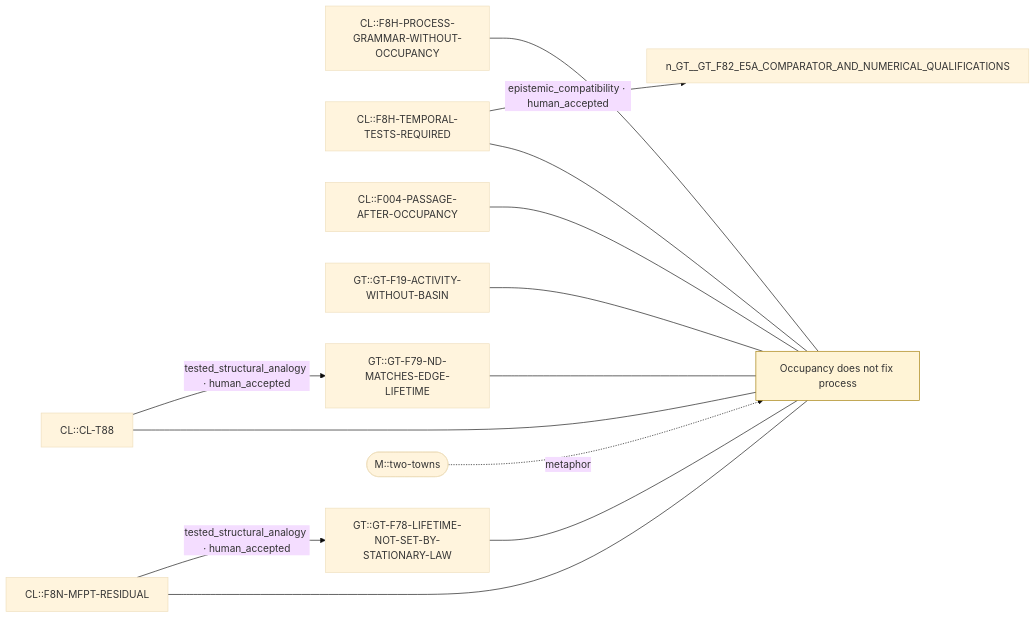
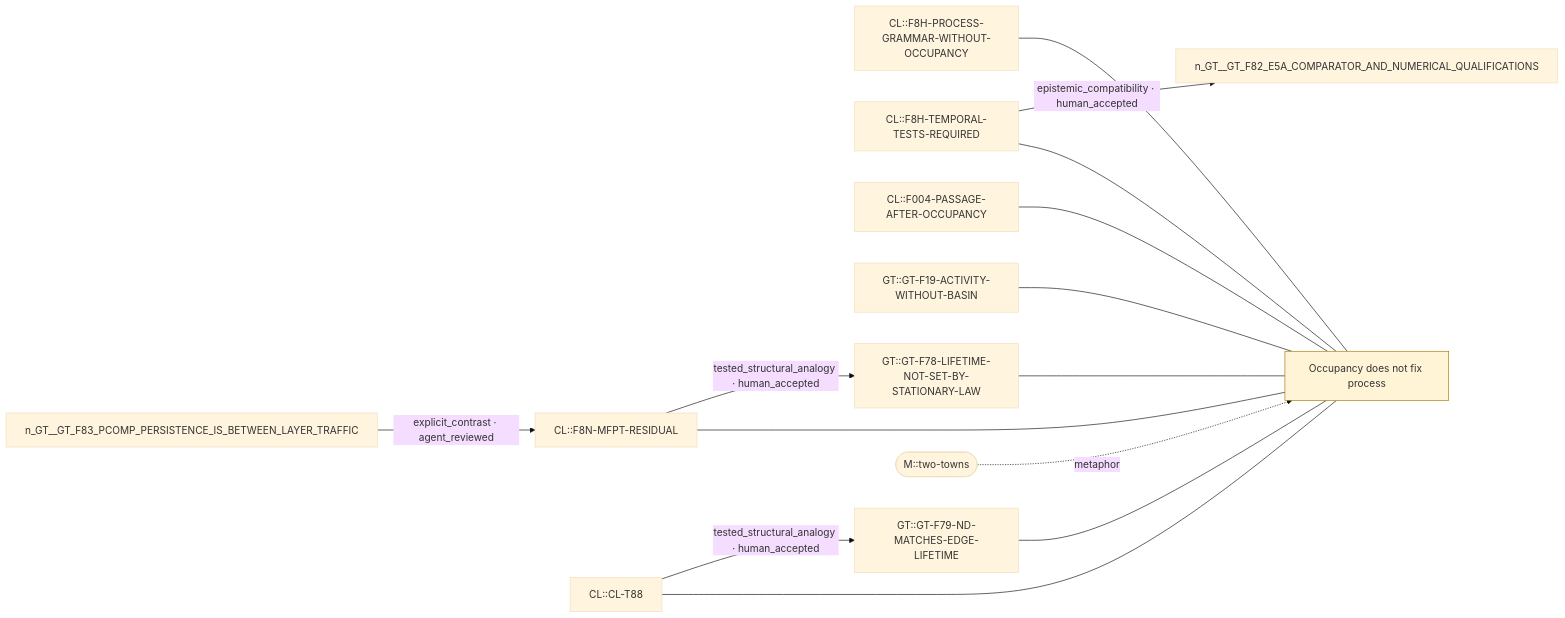
One commit to gellsmore-svg/Relational-Substrate changed the diagram in research-synthesis/generated/themes/occupancy-vs-process.md. Above: the diagram before and after it, drawn with Mermaid (base theme). The commit also changed other lines of this file and 94 other files, not shown here.

````diff
--- a/research-synthesis/generated/themes/occupancy-vs-process.md
+++ b/research-synthesis/generated/themes/occupancy-vs-process.md
@@ -36,17 +37,18 @@
 ```mermaid
 graph LR
   n_C__occupancy_vs_process["Occupancy does not fix process"]:::concept
   n_CL__F8H_PROCESS_GRAMMAR_WITHOUT_OCCUPANCY["CL::F8H-PROCESS-GRAMMAR-WITHOUT-OCCUPANCY"] --- n_C__occupancy_vs_process
   n_CL__F8H_TEMPORAL_TESTS_REQUIRED["CL::F8H-TEMPORAL-TESTS-REQUIRED"] --- n_C__occupancy_vs_process
   n_CL__F004_PASSAGE_AFTER_OCCUPANCY["CL::F004-PASSAGE-AFTER-OCCUPANCY"] --- n_C__occupancy_vs_process
   n_CL__F8N_MFPT_RESIDUAL["CL::F8N-MFPT-RESIDUAL"] --- n_C__occupancy_vs_process
   n_CL__CL_T88["CL::CL-T88"] --- n_C__occupancy_vs_process
   n_GT__GT_F19_ACTIVITY_WITHOUT_BASIN["GT::GT-F19-ACTIVITY-WITHOUT-BASIN"] --- n_C__occupancy_vs_process
   n_GT__GT_F78_LIFETIME_NOT_SET_BY_STATIONARY_LAW["GT::GT-F78-LIFETIME-NOT-SET-BY-STATIONARY-LAW"] --- n_C__occupancy_vs_process
   n_GT__GT_F79_ND_MATCHES_EDGE_LIFETIME["GT::GT-F79-ND-MATCHES-EDGE-LIFETIME"] --- n_C__occupancy_vs_process
   n_CL__F8N_MFPT_RESIDUAL -->|tested_structural_analogy · human_accepted| n_GT__GT_F78_LIFETIME_NOT_SET_BY_STATIONARY_LAW
   n_CL__F8H_TEMPORAL_TESTS_REQUIRED -->|epistemic_compatibility · human_accepted| n_GT__GT_F82_E5A_COMPARATOR_AND_NUMERICAL_QUALIFICATIONS
   n_CL__CL_T88 -->|tested_structural_analogy · human_accepted| n_GT__GT_F79_ND_MATCHES_EDGE_LIFETIME
+  n_GT__GT_F83_PCOMP_PERSISTENCE_IS_BETWEEN_LAYER_TRAFFIC -->|explicit_contrast · agent_reviewed| n_CL__F8N_MFPT_RESIDUAL
   n_M__two_towns(["M::two-towns"]) -.->|metaphor| n_C__occupancy_vs_process
   classDef concept fill:#fff4d6,stroke:#a07a00
 ```
````
